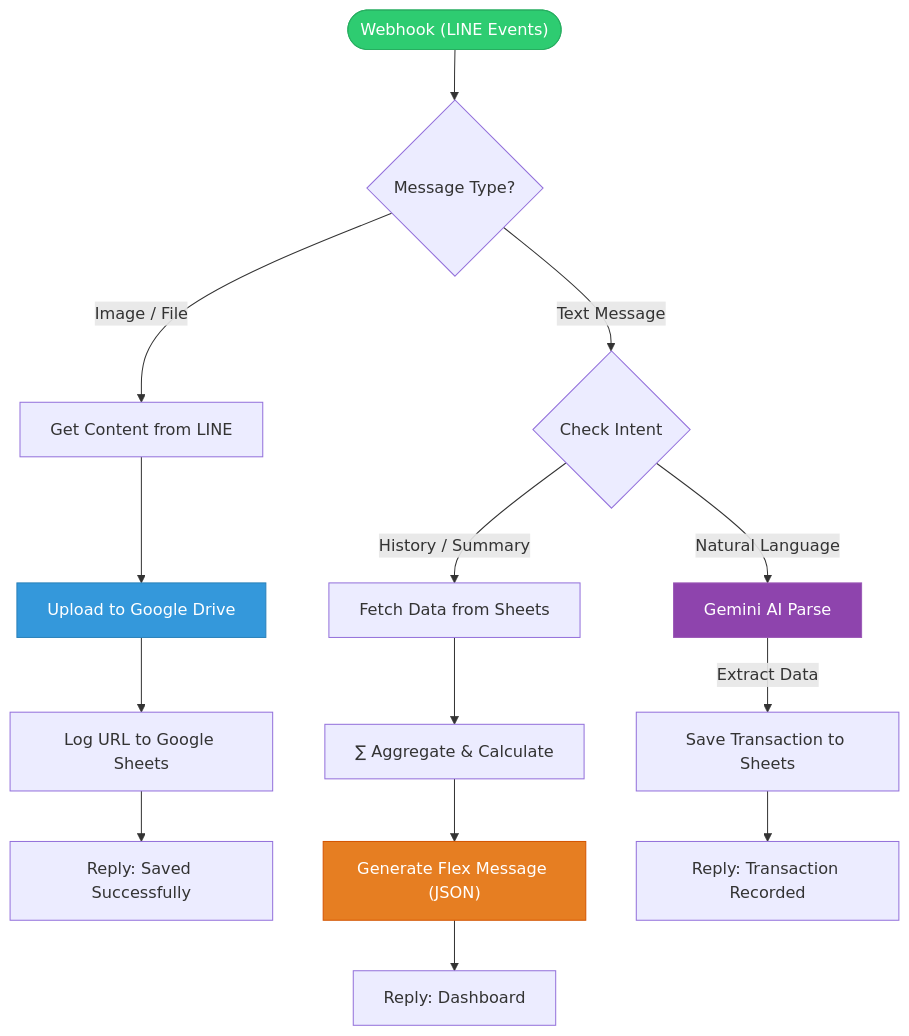
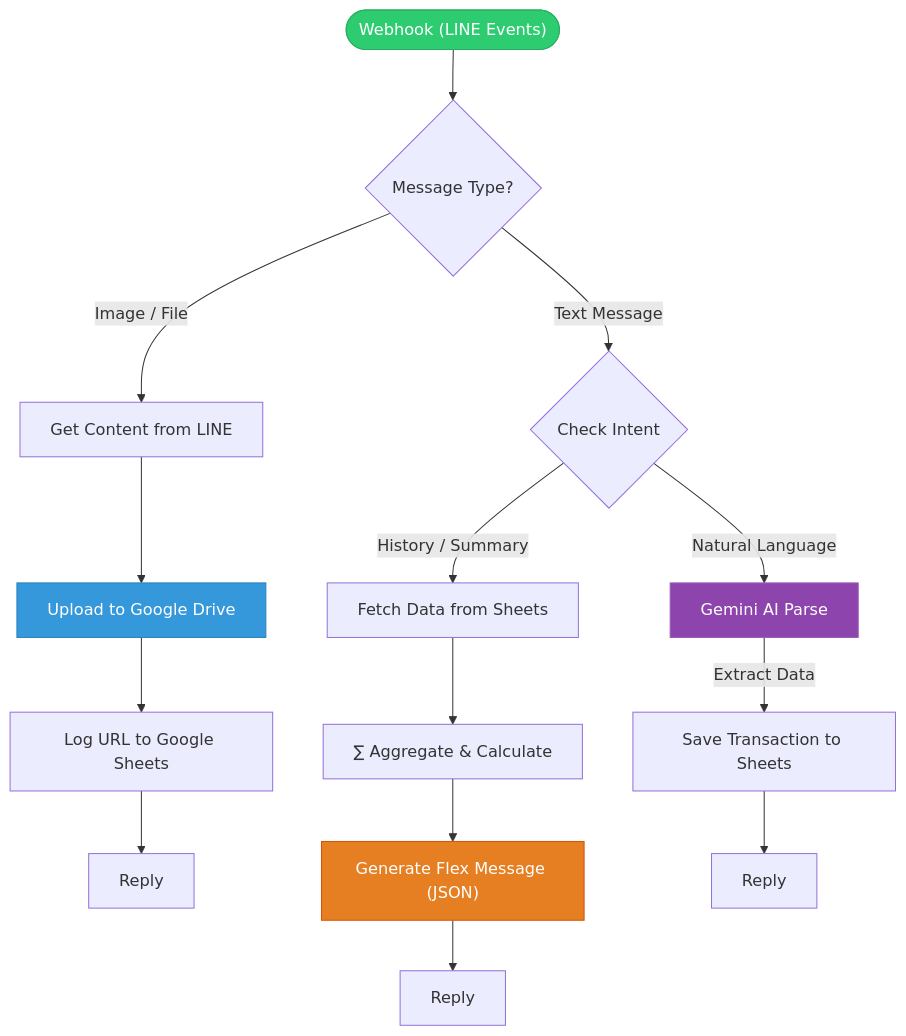
Before and after one commit to thongfuu/nongmas-line-chatbot: the diagram in README.md, drawn with Mermaid.

````diff
--- a/README.md
+++ b/README.md
@@ -30,30 +30,30 @@
 ```mermaid
 graph TD
     Start(["Webhook (LINE Events)"]) --> Router{"Message Type?"}
 
     %% --- File/Image Handling Branch ---
     Router -- "Image / File" --> GetFile["Get Content from LINE"]
     GetFile --> UpDrive["Upload to Google Drive"]
     UpDrive --> LogSheet["Log URL to Google Sheets"]
-    LogSheet --> ReplyFile["Reply: Saved Successfully"]
+    LogSheet --> ReplyFile["Reply"]
 
     %% --- Text Handling Branch ---
     Router -- "Text Message" --> IntentCheck{"Check Intent"}
     
     %% Intent: History/Summary
     IntentCheck -- "History / Summary" --> FetchData["Fetch Data from Sheets"]
     FetchData --> AggData["∑ Aggregate & Calculate"]
     AggData --> GenFlex["Generate Flex Message (JSON)"]
-    GenFlex --> ReplyFlex["Reply: Dashboard"]
+    GenFlex --> ReplyFlex["Reply"]
 
     %% Intent: Transaction (Income/Expense)
     IntentCheck -- "Natural Language" --> AI["Gemini AI Parse"]
     AI -- "Extract Data" --> SaveTx["Save Transaction to Sheets"]
-    SaveTx --> ReplyTx["Reply: Transaction Recorded"]
+    SaveTx --> ReplyTx["Reply"]
 
     %% Styles
     style Start fill:#2ecc71,stroke:#27ae60,color:white
     style AI fill:#8e44ad,stroke:#9b59b6,color:white
     style UpDrive fill:#3498db,stroke:#2980b9,color:white
     style GenFlex fill:#e67e22,stroke:#d35400,color:white
 ```
````
